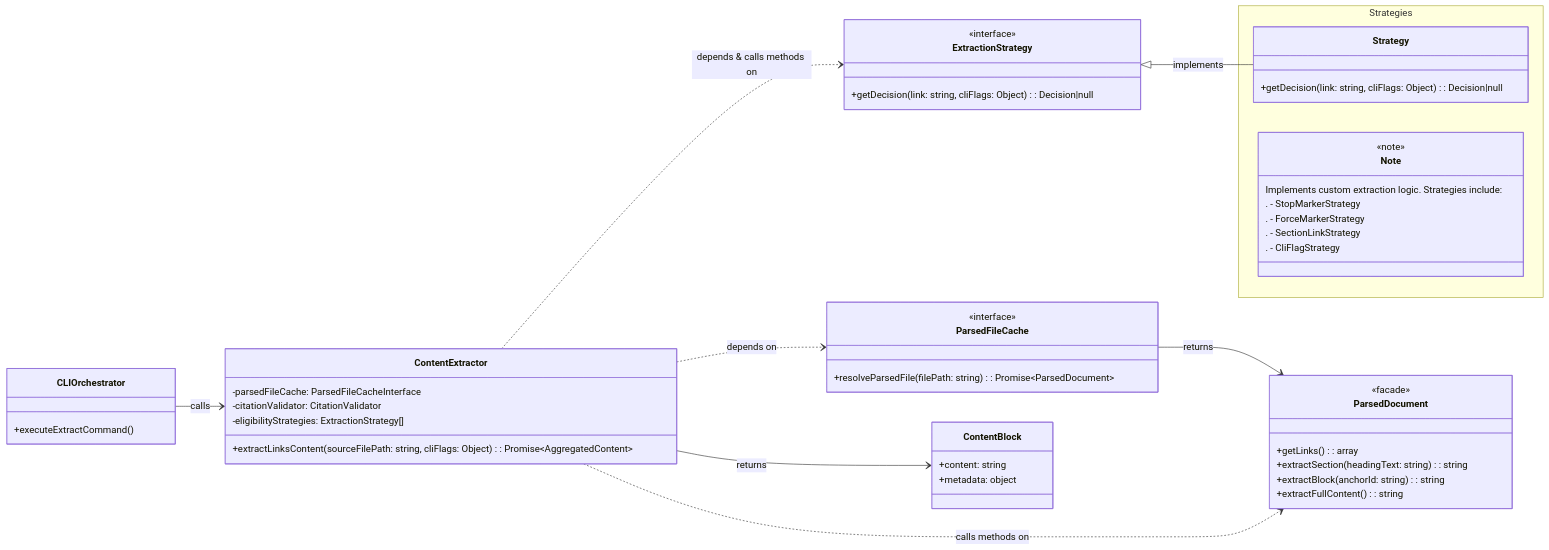
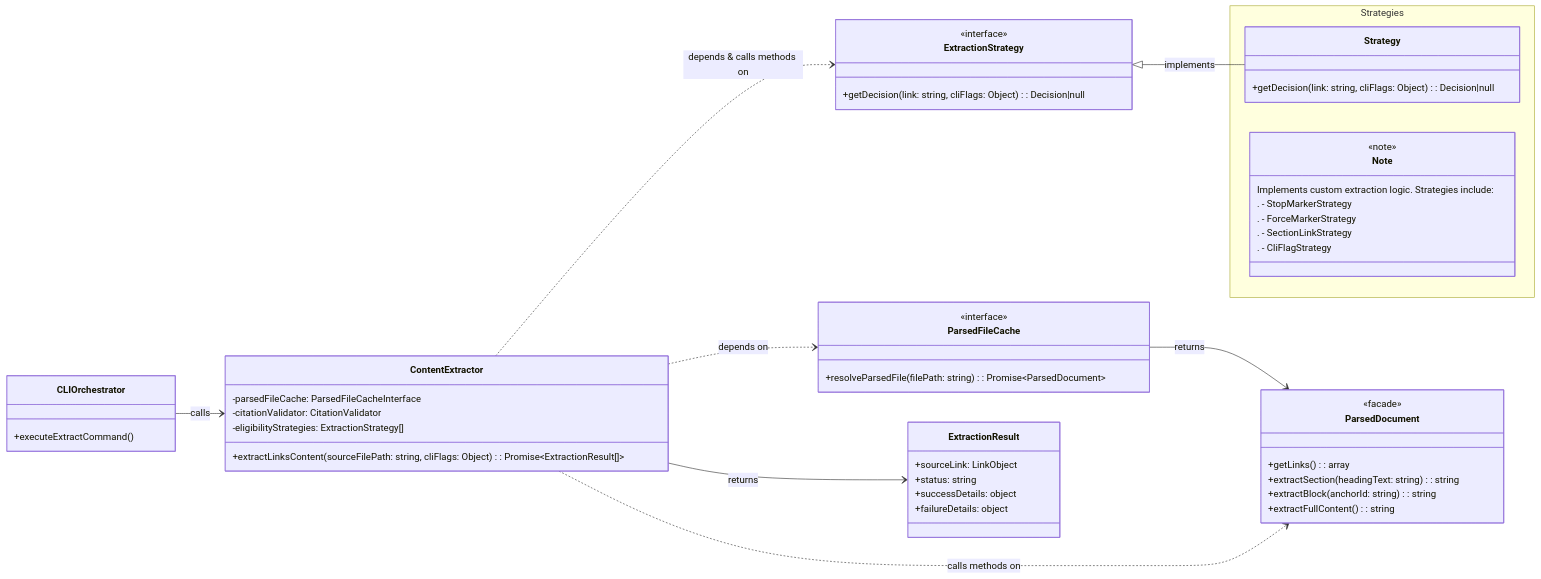
One commit to WesleyMFrederick/cc-workflows changed the first of 2 diagrams in tools/citation-manager/design-docs/component-guides/Content Extractor Implementation Guide.md. Above: the diagram before and after it, drawn with Mermaid. The commit also changed other lines of this file and 74 other files, not shown here.

````diff
--- a/tools/citation-manager/design-docs/component-guides/Content Extractor Implementation Guide.md
+++ b/tools/citation-manager/design-docs/component-guides/Content Extractor Implementation Guide.md
@@ -32,71 +32,73 @@
 ```mermaid
 classDiagram
     direction LR
 
     class CLIOrchestrator {
         +executeExtractCommand()
     }
 
     class ContentExtractor {
         -parsedFileCache: ParsedFileCacheInterface
         -citationValidator: CitationValidator
         -eligibilityStrategies: ExtractionStrategy[]
-        +extractLinksContent(sourceFilePath: string, cliFlags: Object): Promise~AggregatedContent~
+        +extractLinksContent(sourceFilePath: string, cliFlags: Object): Promise~ExtractionResult[]~
     }
 
     
   
 
    class ParsedFileCache {
         <<interface>>
         +resolveParsedFile(filePath: string): Promise~ParsedDocument~
     }
 
     class ParsedDocument {
         <<facade>>
         +getLinks(): array
         +extractSection(headingText: string): string
         +extractBlock(anchorId: string): string
         +extractFullContent(): string
     }
   
   class ExtractionStrategy {
     <<interface>>
         %% +getMarker(): string|null
         +getDecision(link: string, cliFlags: Object): Decision|null
     }
   
   namespace Strategies {
     class Strategy {
      +getDecision(link: string, cliFlags: Object): Decision|null
     }
   
     class Note {
      <<note>>
      Implements custom extraction logic. Strategies include:
      . - StopMarkerStrategy
      . - ForceMarkerStrategy
      . - SectionLinkStrategy
      . - CliFlagStrategy
     }
     
   }
   
-    class ContentBlock {
-        +content: string
-        +metadata: object
+    class ExtractionResult {
+        +sourceLink: LinkObject
+        +status: string
+        +successDetails: object
+        +failureDetails: object
     }
   
   
   
     CLIOrchestrator --> ContentExtractor : calls
     
     ContentExtractor ..> ParsedFileCache : depends on
     ParsedFileCache --> ParsedDocument : returns
     ContentExtractor ..> ParsedDocument : calls methods on
     
     ContentExtractor ..> ExtractionStrategy : depends & calls methods on
     ExtractionStrategy <|-- Strategy : implements
-    
-    ContentExtractor --> ContentBlock : returns
+
+    ContentExtractor --> ExtractionResult : returns
 ```
````
